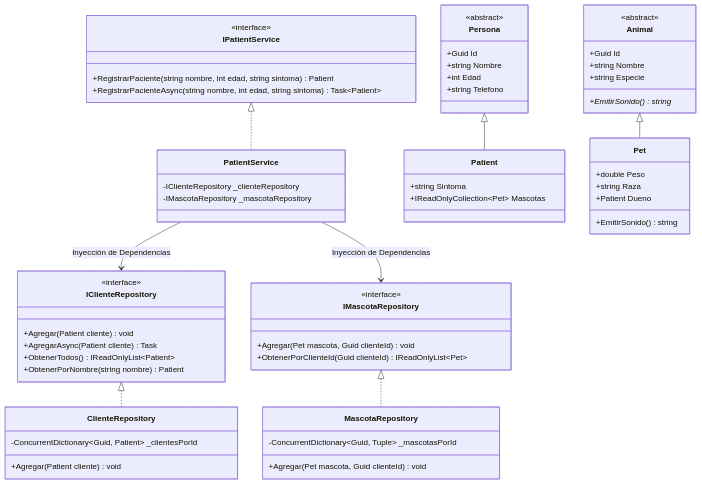
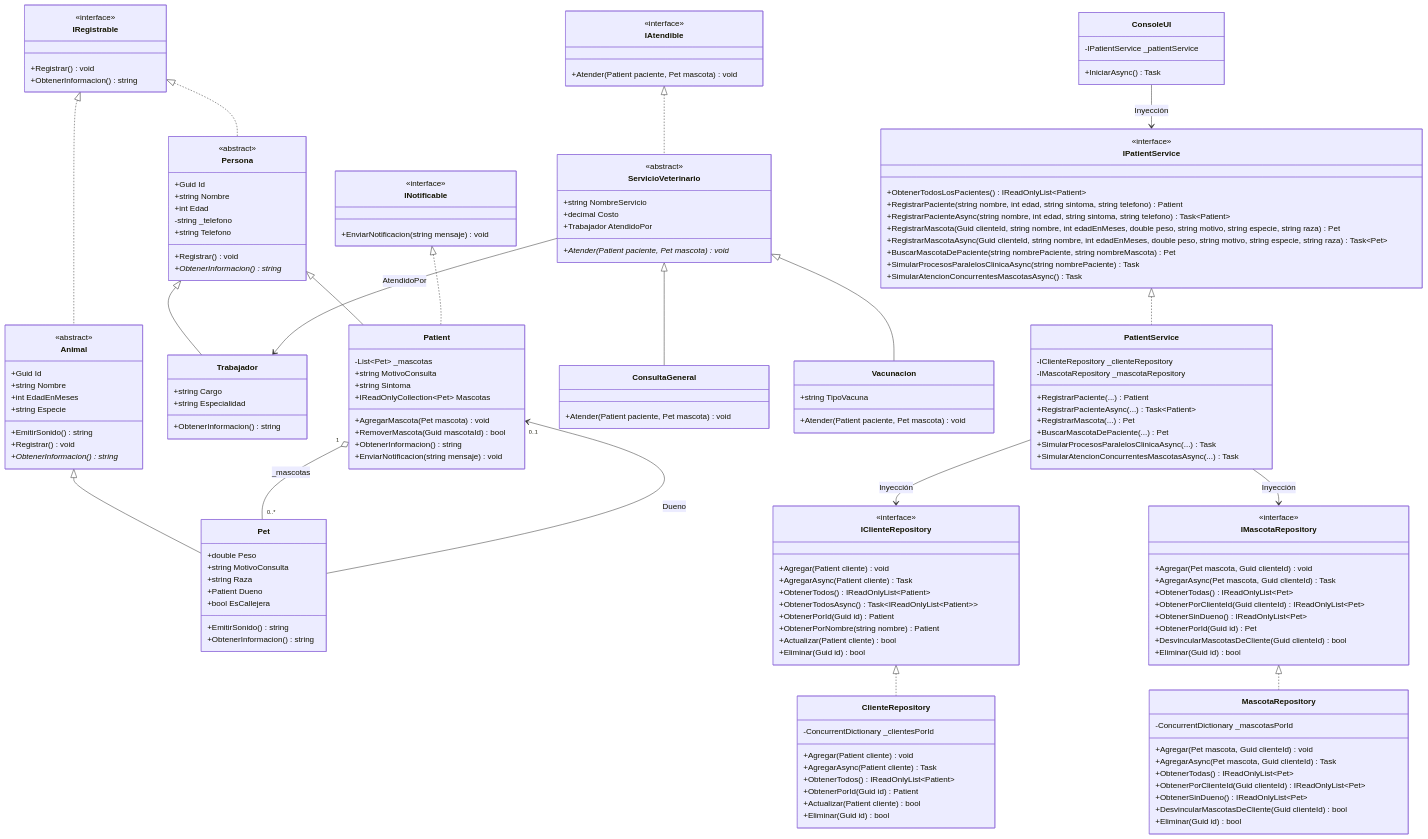
The diagram in README.md (Esthercita-Factory/artyomalvarez-VeterinaryClinicSystem), drawn with Mermaid before and after one commit. The commit also changed other lines of this file and 4 other files, not shown here.

Commit message:
feat: diagrama ULm

````diff
--- a/README.md
+++ b/README.md
@@ -6,73 +47,203 @@
 ```mermaid
 classDiagram
-    class IClienteRepository {
+    direction TB
+
+    %% ==========================================
+    %% CAPA DE DOMINIO - INTERFACES
+    %% ==========================================
+    class IRegistrable {
         <<interface>>
-        +Agregar(Patient cliente) void
-        +AgregarAsync(Patient cliente) Task
-        +ObtenerTodos() IReadOnlyList~Patient~
-        +ObtenerPorNombre(string nombre) Patient
+        +Registrar() void
+        +ObtenerInformacion() string
     }
 
-    class IMascotaRepository {
+    class INotificable {
         <<interface>>
-        +Agregar(Pet mascota, Guid clienteId) void
-        +ObtenerPorClienteId(Guid clienteId) IReadOnlyList~Pet~
+        +EnviarNotificacion(string mensaje) void
     }
 
-    class ClienteRepository {
-        -ConcurrentDictionary~Guid, Patient~ _clientesPorId
-        +Agregar(Patient cliente) void
+    class IAtendible {
+        <<interface>>
+        +Atender(Patient paciente, Pet mascota) void
     }
 
-    class MascotaRepository {
-        -ConcurrentDictionary~Guid, Tuple~ _mascotasPorId
-        +Agregar(Pet mascota, Guid clienteId) void
-    }
-
-    class IPatientService {
-        <<interface>>
-        +RegistrarPaciente(string nombre, int edad, string sintoma) Patient
-        +RegistrarPacienteAsync(string nombre, int edad, string sintoma) Task~Patient~
-    }
-
-    class PatientService {
-        -IClienteRepository _clienteRepository
-        -IMascotaRepository _mascotaRepository
-    }
-
+    %% ==========================================
+    %% CAPA DE DOMINIO - MODELOS
+    %% ==========================================
     class Persona {
         <<abstract>>
         +Guid Id
         +string Nombre
         +int Edad
+        -string _telefono
         +string Telefono
+        +Registrar() void
+        +ObtenerInformacion()* string
+    }
+
+    class Patient {
+        -List~Pet~ _mascotas
+        +string MotivoConsulta
+        +string Sintoma
+        +IReadOnlyCollection~Pet~ Mascotas
+        +AgregarMascota(Pet mascota) void
+        +RemoverMascota(Guid mascotaId) bool
+        +ObtenerInformacion() string
+        +EnviarNotificacion(string mensaje) void
+    }
+
+    class Trabajador {
+        +string Cargo
+        +string Especialidad
+        +ObtenerInformacion() string
     }
 
     class Animal {
         <<abstract>>
         +Guid Id
         +string Nombre
+        +int EdadEnMeses
         +string Especie
-        +EmitirSonido()* string
-    }
-
-    class Patient {
-        +string Sintoma
-        +IReadOnlyCollection~Pet~ Mascotas
+        +EmitirSonido() string
+        +Registrar() void
+        +ObtenerInformacion()* string
     }
 
     class Pet {
         +double Peso
+        +string MotivoConsulta
         +string Raza
         +Patient Dueno
+        +bool EsCallejera
         +EmitirSonido() string
+        +ObtenerInformacion() string
     }
 
+    %% ==========================================
+    %% SERVICIOS VETERINARIOS Y POLIMORFISMO
+    %% ==========================================
+    class ServicioVeterinario {
+        <<abstract>>
+        +string NombreServicio
+        +decimal Costo
+        +Trabajador AtendidoPor
+        +Atender(Patient paciente, Pet mascota)* void
+    }
+
+    class ConsultaGeneral {
+        +Atender(Patient paciente, Pet mascota) void
+    }
+
+    class Vacunacion {
+        +string TipoVacuna
+        +Atender(Patient paciente, Pet mascota) void
+    }
+
+    %% ==========================================
+    %% CAPA DE ACCESO A DATOS (REPOSITORIOS)
+    %% ==========================================
+    class IClienteRepository {
+        <<interface>>
+        +Agregar(Patient cliente) void
+        +AgregarAsync(Patient cliente) Task
+        +ObtenerTodos() IReadOnlyList~Patient~
+        +ObtenerTodosAsync() Task~IReadOnlyList~Patient~~
+        +ObtenerPorId(Guid id) Patient
+        +ObtenerPorNombre(string nombre) Patient
+        +Actualizar(Patient cliente) bool
+        +Eliminar(Guid id) bool
+    }
+
+    class IMascotaRepository {
+        <<interface>>
+        +Agregar(Pet mascota, Guid clienteId) void
+        +AgregarAsync(Pet mascota, Guid clienteId) Task
+        +ObtenerTodas() IReadOnlyList~Pet~
+        +ObtenerPorClienteId(Guid clienteId) IReadOnlyList~Pet~
+        +ObtenerSinDueno() IReadOnlyList~Pet~
+        +ObtenerPorId(Guid id) Pet
+        +DesvincularMascotasDeCliente(Guid clienteId) bool
+        +Eliminar(Guid id) bool
+    }
+
+    class ClienteRepository {
+        -ConcurrentDictionary _clientesPorId
+        +Agregar(Patient cliente) void
+        +AgregarAsync(Patient cliente) Task
+        +ObtenerTodos() IReadOnlyList~Patient~
+        +ObtenerPorId(Guid id) Patient
+        +Actualizar(Patient cliente) bool
+        +Eliminar(Guid id) bool
+    }
+
+    class MascotaRepository {
+        -ConcurrentDictionary _mascotasPorId
+        +Agregar(Pet mascota, Guid clienteId) void
+        +AgregarAsync(Pet mascota, Guid clienteId) Task
+        +ObtenerTodas() IReadOnlyList~Pet~
+        +ObtenerPorClienteId(Guid clienteId) IReadOnlyList~Pet~
+        +ObtenerSinDueno() IReadOnlyList~Pet~
+        +DesvincularMascotasDeCliente(Guid clienteId) bool
+        +Eliminar(Guid id) bool
+    }
+
+    %% ==========================================
+    %% CAPA DE NEGOCIO Y PRESENTACIÓN
+    %% ==========================================
+    class IPatientService {
+        <<interface>>
+        +ObtenerTodosLosPacientes() IReadOnlyList~Patient~
+        +RegistrarPaciente(string nombre, int edad, string sintoma, string telefono) Patient
+        +RegistrarPacienteAsync(string nombre, int edad, string sintoma, string telefono) Task~Patient~
+        +RegistrarMascota(Guid clienteId, string nombre, int edadEnMeses, double peso, string motivo, string especie, string raza) Pet
+        +RegistrarMascotaAsync(Guid clienteId, string nombre, int edadEnMeses, double peso, string motivo, string especie, string raza) Task~Pet~
+        +BuscarMascotaDePaciente(string nombrePaciente, string nombreMascota) Pet
+        +SimularProcesosParalelosClinicaAsync(string nombrePaciente) Task
+        +SimularAtencionConcurrentesMascotasAsync() Task
+    }
+
+    class PatientService {
+        -IClienteRepository _clienteRepository
+        -IMascotaRepository _mascotaRepository
+        +RegistrarPaciente(...) Patient
+        +RegistrarPacienteAsync(...) Task~Patient~
+        +RegistrarMascota(...) Pet
+        +BuscarMascotaDePaciente(...) Pet
+        +SimularProcesosParalelosClinicaAsync(...) Task
+        +SimularAtencionConcurrentesMascotasAsync(...) Task
+    }
+
+    class ConsoleUI {
+        -IPatientService _patientService
+        +IniciarAsync() Task
+    }
+
+    %% ==========================================
+    %% RELACIONES
+    %% ==========================================
+    %% Dominio: Herencia e Implementación
+    IRegistrable <|.. Persona
+    IRegistrable <|.. Animal
+    Persona <|-- Patient
+    Persona <|-- Trabajador
+    Animal <|-- Pet
+    INotificable <|.. Patient
+
+    %% Asociación / Composición entre Entidades
+    Patient "1" o-- "0..*" Pet : _mascotas
+    Pet --> "0..1" Patient : Dueno
+
+    %% Polimorfismo en Servicios Médicos
+    IAtendible <|.. ServicioVeterinario
+    ServicioVeterinario <|-- ConsultaGeneral
+    ServicioVeterinario <|-- Vacunacion
+    ServicioVeterinario --> Trabajador : AtendidoPor
+
+    %% Arquitectura e Inyección de Dependencias
     IClienteRepository <|.. ClienteRepository
     IMascotaRepository <|.. MascotaRepository
     IPatientService <|.. PatientService
-    PatientService --> IClienteRepository : Inyección de Dependencias
-    PatientService --> IMascotaRepository : Inyección de Dependencias
-    Persona <|-- Patient
-    Animal <|-- Pet
+    PatientService --> IClienteRepository : Inyección
+    PatientService --> IMascotaRepository : Inyección
+    ConsoleUI --> IPatientService : Inyección
 ```
````
